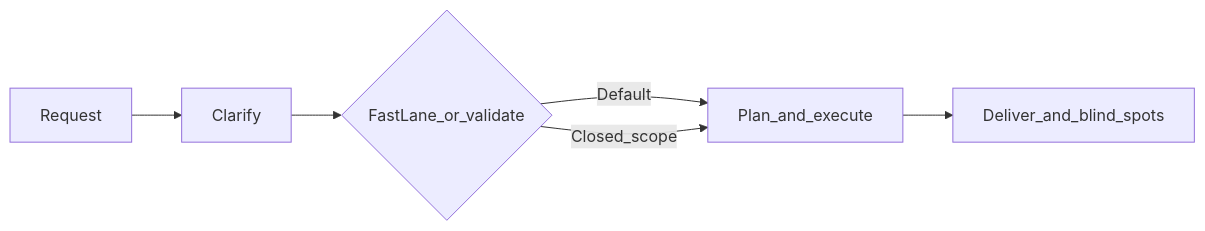
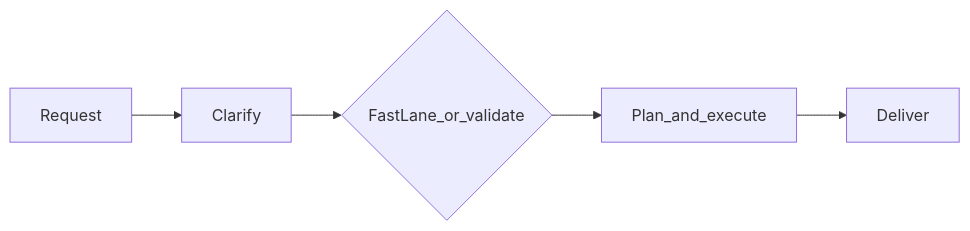
The diagram in README.md (Mazalucas/El-DT-Lightweight-Army), drawn with Mermaid before and after one commit. The commit also changed other lines of this file and 60 other files, not shown here.

````diff
--- a/README.md
+++ b/README.md
@@ -66,13 +108,9 @@
 ```mermaid
 flowchart LR
   req[Request]
   clarify[Clarify]
   gate{FastLane_or_validate}
   planExec[Plan_and_execute]
-  deliver[Deliver_and_blind_spots]
-  req --> clarify
-  clarify --> gate
-  gate -->|Default| planExec
-  gate -->|Closed_scope| planExec
-  planExec --> deliver
+  deliver[Deliver]
+  req --> clarify --> gate --> planExec --> deliver
 ```
````
